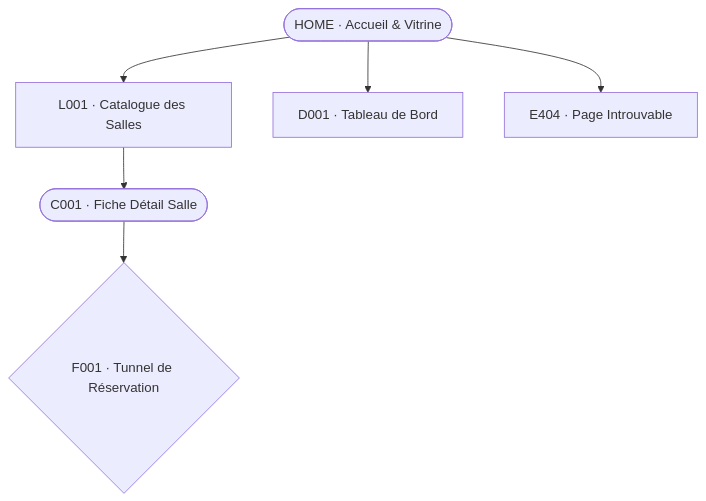
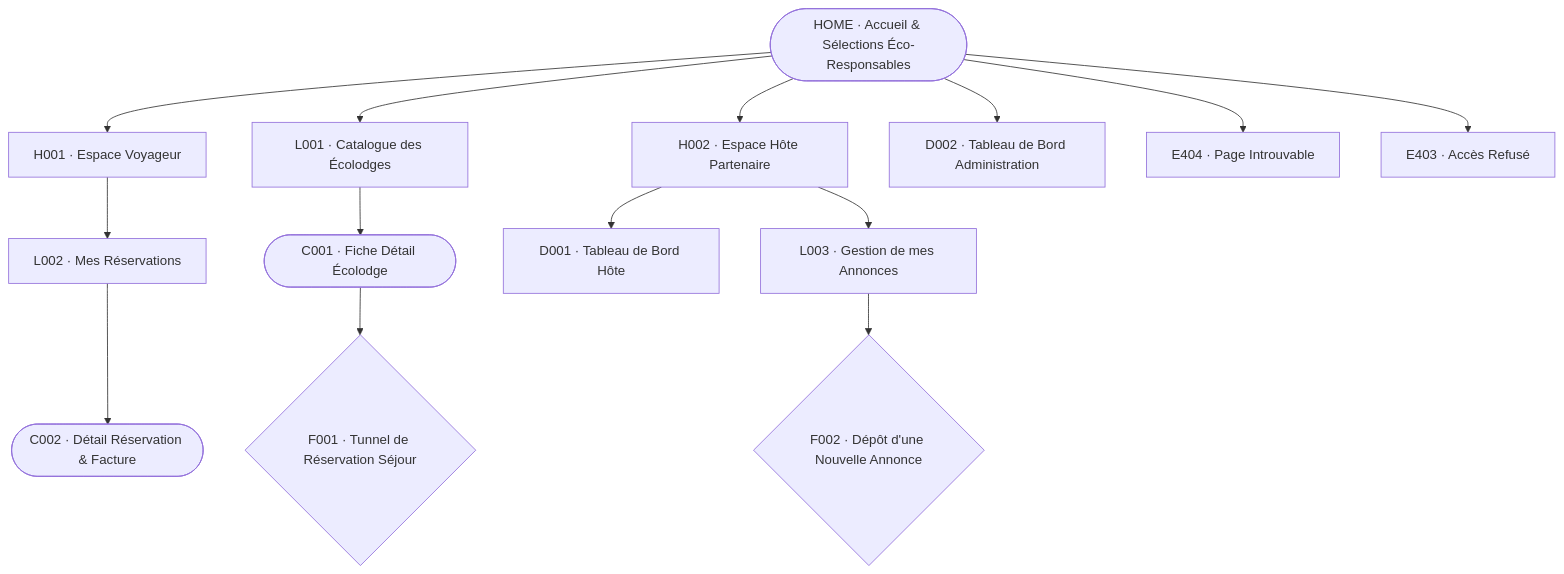
The diagram in examples/preview-showcase/sitemap-overview.mmd (Pi0up/ai-skills), drawn with Mermaid before and after one commit. The commit also changed 40 other files, not shown here.

Commit message:
feat(dataset): add comprehensive ECO-STAYS test dataset covering all IA articulation cases

```diff
--- a/examples/preview-showcase/sitemap-overview.mmd
+++ b/examples/preview-showcase/sitemap-overview.mmd
@@ -1,25 +1,57 @@
-%%@file id=sitemap-overview project=SALLES kind=sitemap view=general title="Arborescence Générale" version="1.1"
-%%@node HOME code=HOME type=HOME access=public roles=ANONYMOUS,CLIENT,ADMIN url=/ order=1
-%%@node L001 code=L001 type=L subtype=datagrid access=public roles=ANONYMOUS,CLIENT,ADMIN url=/rooms order=2
-%%@node C001 code=C001 type=C subtype=fiche access=public roles=ANONYMOUS,CLIENT,ADMIN url=/rooms/[id] order=3
-%%@node F001 code=F001 type=F subtype=stepper access=protected roles=CLIENT,ADMIN url=/booking/[id] order=4
-%%@node D001 code=D001 type=D subtype=dashboard access=protected roles=CLIENT,ADMIN url=/dashboard order=5
-%%@node E404 code=E404 type=E subtype=erreur-404 access=public roles=ANONYMOUS,CLIENT,ADMIN url=/404 order=6
+%%@file id=sitemap-overview project=ECO-STAYS kind=sitemap view=general title="Arborescence Générale Éco-Hébergements" version="1.3"
+%%@node HOME code=HOME type=HOME access=public roles=ANONYMOUS,VOYAGEUR,HOTE,ADMIN url=/ order=1
+%%@node H001 code=H001 type=H subtype=hub access=protected roles=VOYAGEUR,ADMIN url=/account order=2
+%%@node L002 code=L002 type=L subtype=liste access=protected roles=VOYAGEUR,ADMIN url=/account/bookings order=1
+%%@node C002 code=C002 type=C subtype=facture access=protected roles=VOYAGEUR,ADMIN url=/account/bookings/[id] order=1
+%%@node L001 code=L001 type=L subtype=datagrid access=public roles=ANONYMOUS,VOYAGEUR,ADMIN url=/stays order=3
+%%@node C001 code=C001 type=C subtype=fiche access=public roles=ANONYMOUS,VOYAGEUR,ADMIN url=/stays/[id] dynamic=yes order=1
+%%@node F001 code=F001 type=F subtype=stepper access=protected roles=VOYAGEUR,ADMIN url=/stays/[id]/book order=1
+%%@node H002 code=H002 type=H subtype=hub access=protected roles=HOTE,ADMIN url=/host order=4
+%%@node D001 code=D001 type=D subtype=dashboard access=protected roles=HOTE,ADMIN url=/host/dashboard order=1
+%%@node L003 code=L003 type=L subtype=datagrid access=protected roles=HOTE,ADMIN url=/host/properties order=2
+%%@node F002 code=F002 type=F subtype=formulaire access=protected roles=HOTE,ADMIN url=/host/properties/new order=1
+%%@node D002 code=D002 type=D subtype=supervision access=protected roles=ADMIN url=/admin/dashboard order=5
+%%@node E404 code=E404 type=E subtype=erreur-404 access=public roles=ANONYMOUS,VOYAGEUR,HOTE,ADMIN url=/404 order=6
+%%@node E403 code=E403 type=E subtype=erreur-403 access=public roles=ANONYMOUS,VOYAGEUR,HOTE,ADMIN url=/403 order=7
+%%@edge HOME>H001 kind=navigation
+%%@edge H001>L002 kind=navigation
+%%@edge L002>C002 kind=navigation
 %%@edge HOME>L001 kind=navigation
-%%@edge HOME>D001 kind=navigation
-%%@edge HOME>E404 kind=navigation
 %%@edge L001>C001 kind=navigation
 %%@edge C001>F001 kind=navigation
+%%@edge HOME>H002 kind=navigation
+%%@edge H002>D001 kind=navigation
+%%@edge H002>L003 kind=navigation
+%%@edge L003>F002 kind=navigation
+%%@edge HOME>D002 kind=navigation
+%%@edge HOME>E404 kind=navigation
+%%@edge HOME>E403 kind=navigation
 flowchart TD
-  HOME(["HOME · Accueil & Vitrine"])
-  L001["L001 · Catalogue des Salles"]
-  C001(["C001 · Fiche Détail Salle"])
-  F001{"F001 · Tunnel de Réservation"}
-  D001["D001 · Tableau de Bord"]
+  HOME(["HOME · Accueil & Sélections Éco-Responsables"])
+  H001["H001 · Espace Voyageur"]
+  L002["L002 · Mes Réservations"]
+  C002(["C002 · Détail Réservation & Facture"])
+  L001["L001 · Catalogue des Écolodges"]
+  C001(["C001 · Fiche Détail Écolodge"])
+  F001{"F001 · Tunnel de Réservation Séjour"}
+  H002["H002 · Espace Hôte Partenaire"]
+  D001["D001 · Tableau de Bord Hôte"]
+  L003["L003 · Gestion de mes Annonces"]
+  F002{"F002 · Dépôt d'une Nouvelle Annonce"}
+  D002["D002 · Tableau de Bord Administration"]
   E404["E404 · Page Introuvable"]
+  E403["E403 · Accès Refusé"]
 
+  HOME --> H001
+  H001 --> L002
+  L002 --> C002
   HOME --> L001
-  HOME --> D001
-  HOME --> E404
   L001 --> C001
   C001 --> F001
+  HOME --> H002
+  H002 --> D001
+  H002 --> L003
+  L003 --> F002
+  HOME --> D002
+  HOME --> E404
+  HOME --> E403
```
